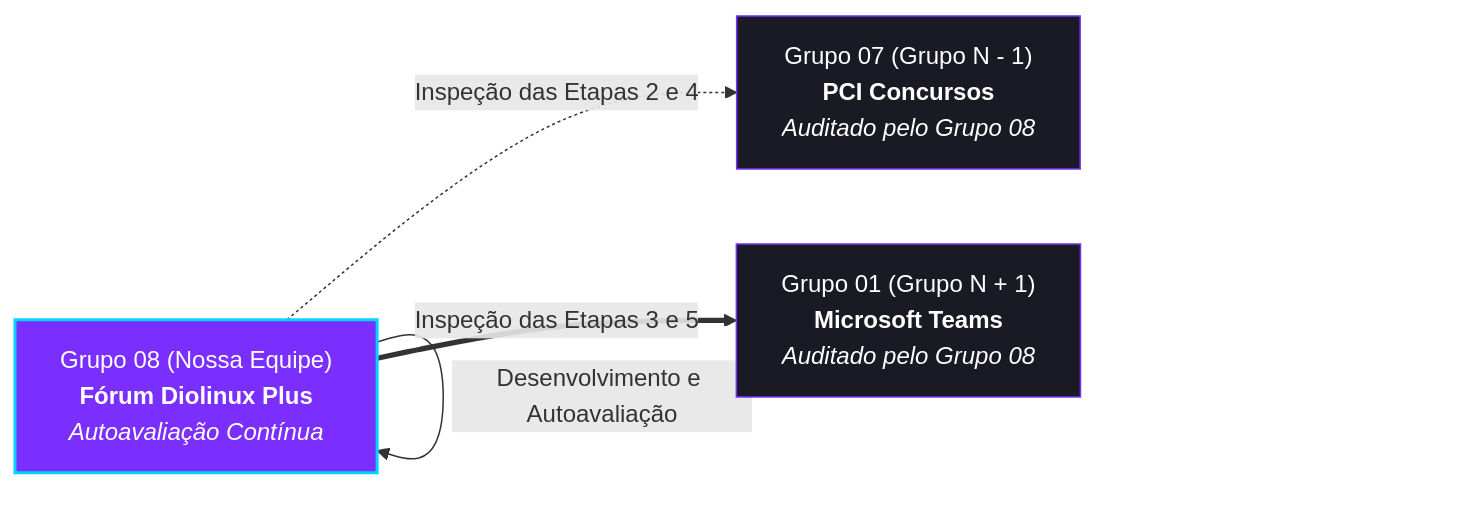
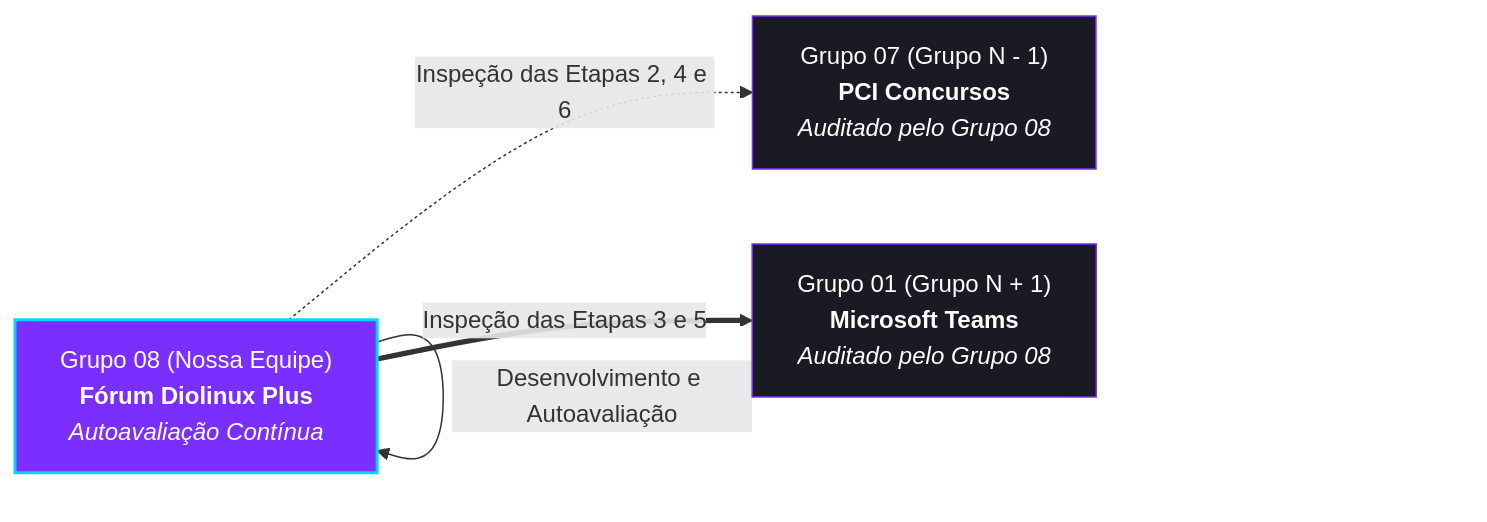
The diagram in docs/verificacao/index.md (Interacao-Humano-Computador/2026.2-Grupo08), drawn with Mermaid before and after one commit. The commit also changed other lines of this file and 4 other files, not shown here.

````diff
--- a/docs/verificacao/index.md
+++ b/docs/verificacao/index.md
@@ -39,15 +39,15 @@
 ```mermaid
 flowchart LR
     G07["Grupo 07 (Grupo N - 1)<br/><b>PCI Concursos</b><br/><i>Auditado pelo Grupo 08</i>"]
     G08["Grupo 08 (Nossa Equipe)<br/><b>Fórum Diolinux Plus</b><br/><i>Autoavaliação Contínua</i>"]
     G01["Grupo 01 (Grupo N + 1)<br/><b>Microsoft Teams</b><br/><i>Auditado pelo Grupo 08</i>"]
 
-    G08 -.->|"Inspeção das Etapas 2 e 4"| G07
+    G08 -.->|"Inspeção das Etapas 2, 4 e 6"| G07
     G08 -->|"Desenvolvimento e Autoavaliação"| G08
     G08 ==>|"Inspeção das Etapas 3 e 5"| G01
 
     classDef active fill:#7B2FFF,stroke:#00D4FF,stroke-width:2px,color:#fff;
     classDef peer fill:#1A1A24,stroke:#7B2FFF,stroke-width:1px,color:#fff;
     class G08 active;
     class G07,G01 peer;
 ```
````
